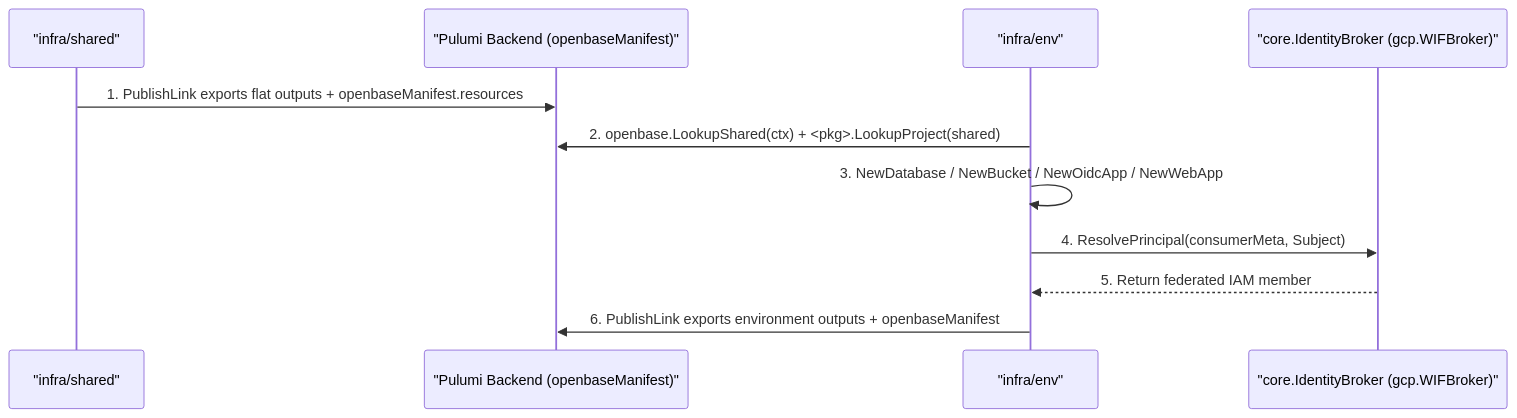
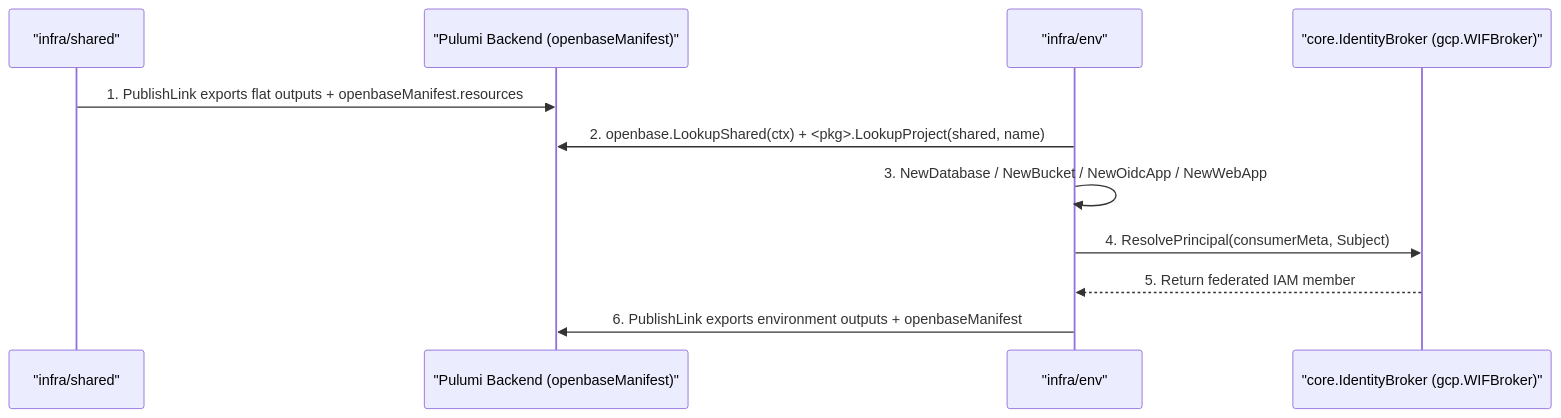
One commit to cloudvoyant/openbase changed the second of 2 diagrams in docs/architecture/scopes.md. Above: the diagram before and after it, drawn with Mermaid. The commit also changed other lines of this file and 15 other files, not shown here.

````diff
--- a/docs/architecture/scopes.md
+++ b/docs/architecture/scopes.md
@@ -52,14 +52,14 @@
 ```mermaid
 sequenceDiagram
     participant Shared as "infra/shared"
     participant State as "Pulumi Backend (openbaseManifest)"
     participant Env as "infra/env"
     participant Broker as "core.IdentityBroker (gcp.WIFBroker)"
 
     Shared->>State: 1. PublishLink exports flat outputs + openbaseManifest.resources
-    Env->>State: 2. openbase.LookupShared(ctx) + <pkg>.LookupProject(shared)
+    Env->>State: 2. openbase.LookupShared(ctx) + <pkg>.LookupProject(shared, name)
     Env->>Env: 3. NewDatabase / NewBucket / NewOidcApp / NewWebApp
     Env->>Broker: 4. ResolvePrincipal(consumerMeta, Subject)
     Broker-->>Env: 5. Return federated IAM member
     Env->>State: 6. PublishLink exports environment outputs + openbaseManifest
 ```
````
